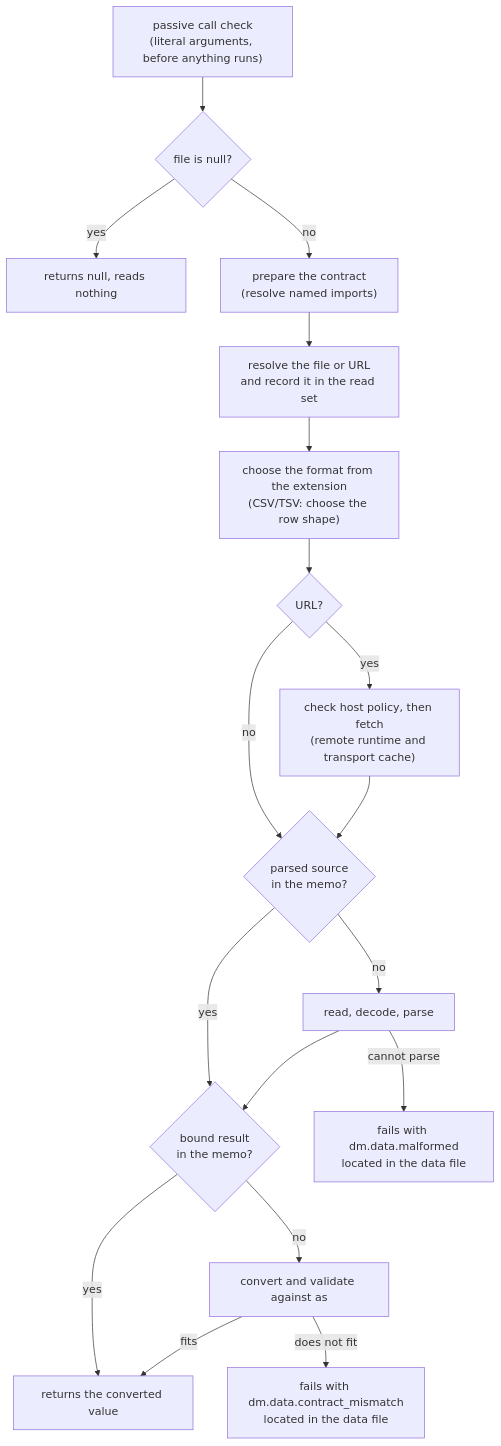
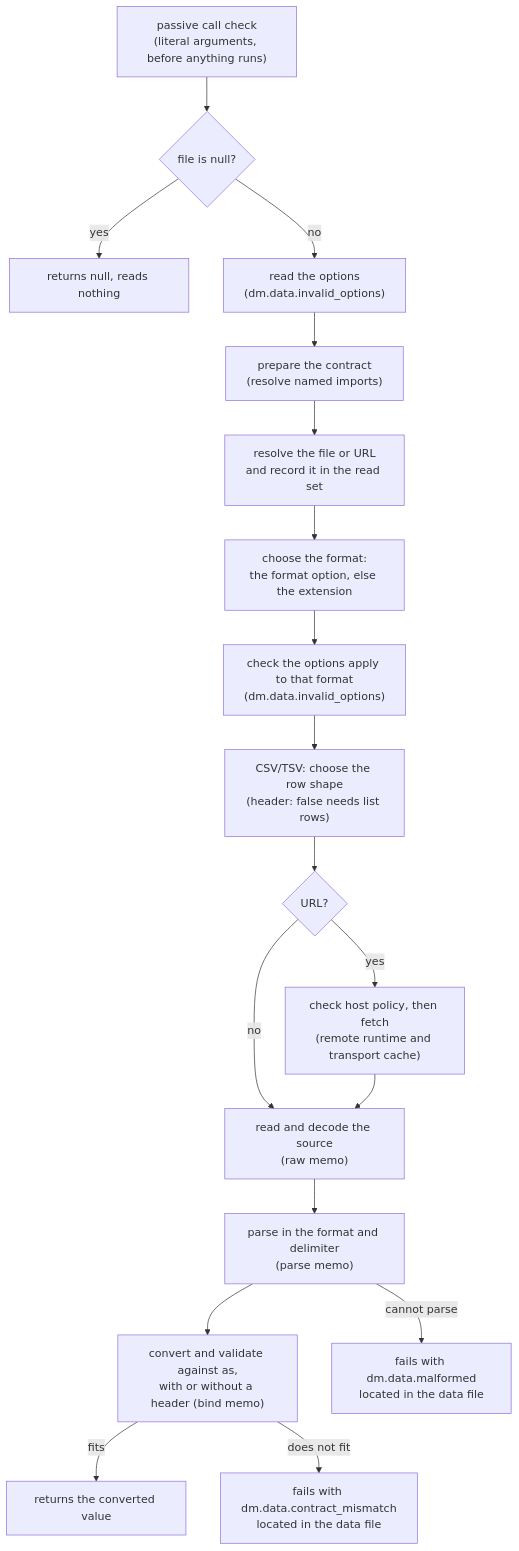
Before and after one commit to yankeeinlondon/rusty-biscuit: the diagram in darkmatter/docs/topics/loading-data.md, drawn with Mermaid. The commit also changed other lines of this file and 27 other files, not shown here.

First line of the commit message:
feat(darkmatter): complete tabular load_data options

````diff
--- a/darkmatter/docs/topics/loading-data.md
+++ b/darkmatter/docs/topics/loading-data.md
@@ -46,20 +49,20 @@
 ```mermaid
 flowchart TD
     A["passive call check<br/>(literal arguments, before anything runs)"] --> B{file is null?}
     B -->|yes| N[returns null, reads nothing]
-    B -->|no| C["prepare the contract<br/>(resolve named imports)"]
+    B -->|no| O["read the options<br/>(dm.data.invalid_options)"]
+    O --> C["prepare the contract<br/>(resolve named imports)"]
     C --> D["resolve the file or URL<br/>and record it in the read set"]
-    D --> E["choose the format from the extension<br/>(CSV/TSV: choose the row shape)"]
-    E --> F{"URL?"}
+    D --> E["choose the format:<br/>the format option, else the extension"]
+    E --> P["check the options apply to that format<br/>(dm.data.invalid_options)"]
+    P --> R["CSV/TSV: choose the row shape<br/>(header: false needs list rows)"]
+    R --> F{"URL?"}
     F -->|yes| G["check host policy, then fetch<br/>(remote runtime and transport cache)"]
     F -->|no| H
-    G --> H{"parsed source<br/>in the memo?"}
-    H -->|no| I["read, decode, parse"]
-    H -->|yes| J
-    I --> J{"bound result<br/>in the memo?"}
-    J -->|no| K["convert and validate against as"]
-    J -->|yes| OK
+    G --> H["read and decode the source<br/>(raw memo)"]
+    H --> I["parse in the format and delimiter<br/>(parse memo)"]
+    I --> K["convert and validate against as,<br/>with or without a header (bind memo)"]
     K -->|fits| OK[returns the converted value]
     K -->|does not fit| X["fails with dm.data.contract_mismatch<br/>located in the data file"]
     I -->|cannot parse| M["fails with dm.data.malformed<br/>located in the data file"]
 ```
````
